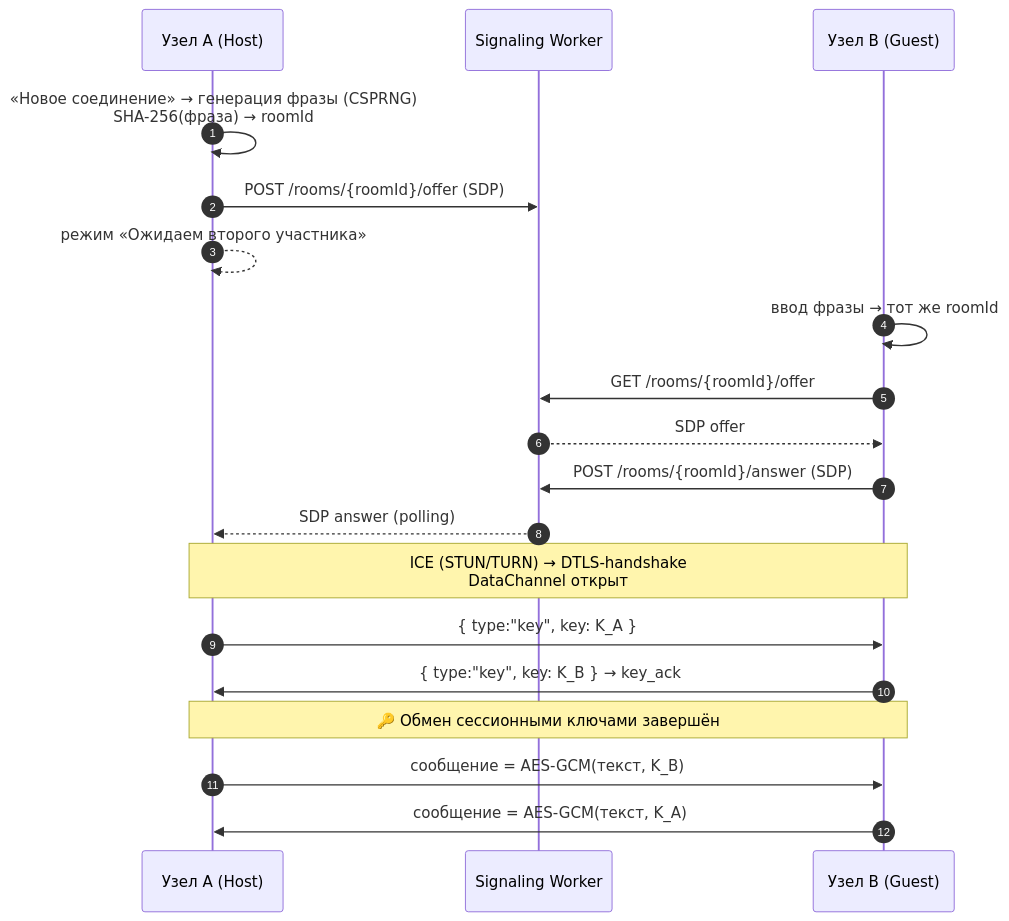
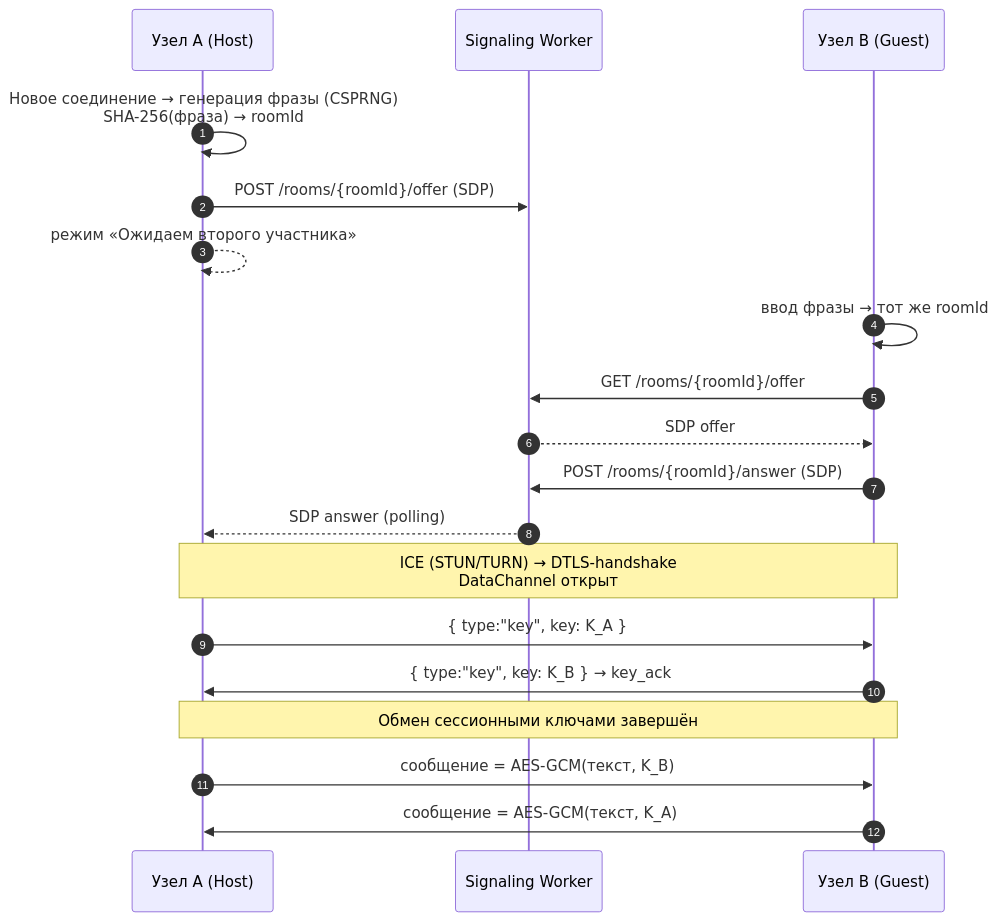
Before and after one commit to byteduck1337/0: the diagram in README.md, drawn with Mermaid. The commit also changed other lines of this file, not shown here.

````diff
--- a/README.md
+++ b/README.md
@@ -43,26 +84,26 @@
 ```mermaid
 sequenceDiagram
     autonumber
     participant A as Узел A (Host)
     participant S as Signaling Worker
     participant B as Узел B (Guest)
 
-    A->>A: «Новое соединение» → генерация фразы (CSPRNG)<br/>SHA-256(фраза) → roomId
+    A->>A: Новое соединение → генерация фразы (CSPRNG)<br/>SHA-256(фраза) → roomId
     A->>S: POST /rooms/{roomId}/offer (SDP)
     A-->>A: режим «Ожидаем второго участника»
 
     B->>B: ввод фразы → тот же roomId
     B->>S: GET /rooms/{roomId}/offer
     S-->>B: SDP offer
     B->>S: POST /rooms/{roomId}/answer (SDP)
     S-->>A: SDP answer (polling)
 
     Note over A,B: ICE (STUN/TURN) → DTLS-handshake<br/>DataChannel открыт
 
     A->>B: { type:"key", key: K_A }
     B->>A: { type:"key", key: K_B } → key_ack
-    Note over A,B: 🔑 Обмен сессионными ключами завершён
+    Note over A,B: Обмен сессионными ключами завершён
 
     A->>B: сообщение = AES-GCM(текст, K_B)
     B->>A: сообщение = AES-GCM(текст, K_A)
 ```
````
